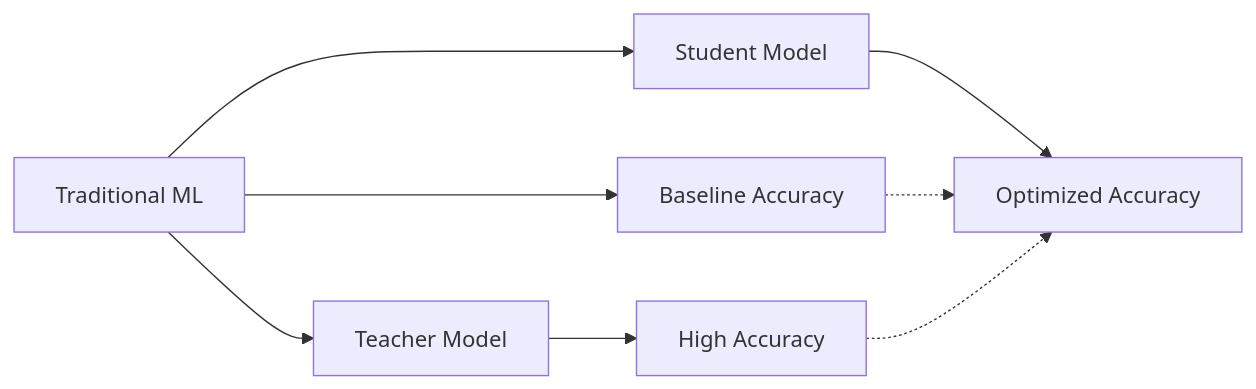
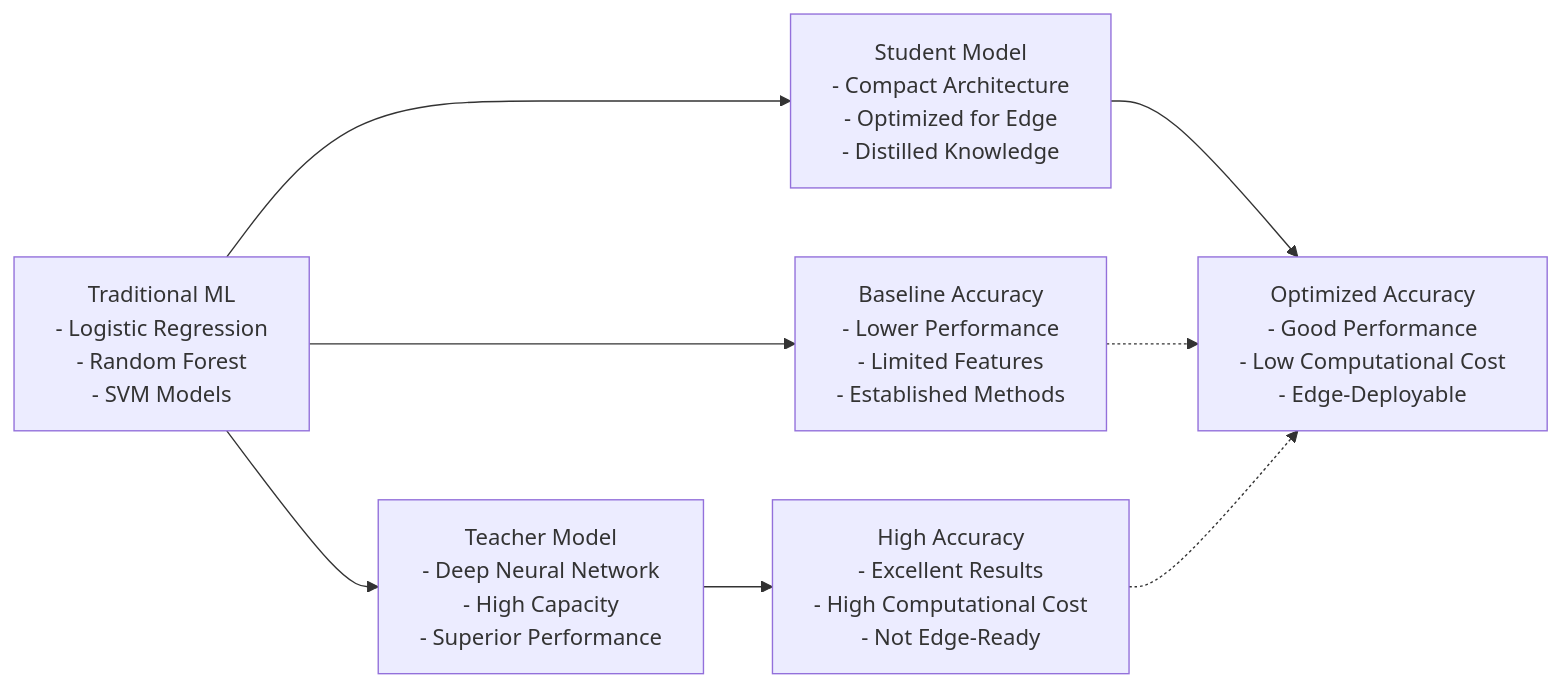
Before and after one commit to prathameshatkare/Final_Cystic_fibrosis_project: diagram 15 of 17 in DIAGRAMS.md, drawn with Mermaid. The commit also changed other lines of this file, not shown here.

Commit message:
diagrams

````diff
--- a/DIAGRAMS.md
+++ b/DIAGRAMS.md
@@ -197,8 +247,10 @@
 ```mermaid
 graph LR
-    A[Traditional ML] --> B[Baseline Accuracy]
-    A --> C[Teacher Model] --> D[High Accuracy]
-    A --> E[Student Model] --> F[Optimized Accuracy]
+    A[Traditional ML<br/>- Logistic Regression<br/>- Random Forest<br/>- SVM Models] --> B[Baseline Accuracy<br/>- Lower Performance<br/>- Limited Features<br/>- Established Methods]
+    A --> C[Teacher Model<br/>- Deep Neural Network<br/>- High Capacity<br/>- Superior Performance]
+    C --> D[High Accuracy<br/>- Excellent Results<br/>- High Computational Cost<br/>- Not Edge-Ready]
+    A --> E[Student Model<br/>- Compact Architecture<br/>- Optimized for Edge<br/>- Distilled Knowledge]
+    E --> F[Optimized Accuracy<br/>- Good Performance<br/>- Low Computational Cost<br/>- Edge-Deployable]
     B -.-> F
     D -.-> F
 ```
````
